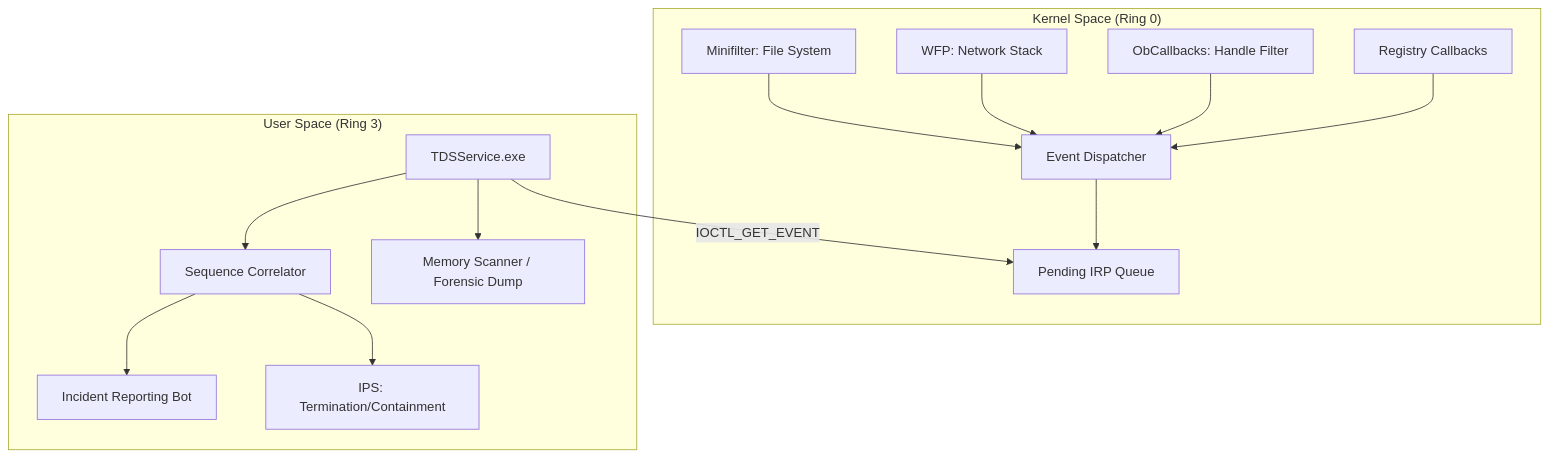
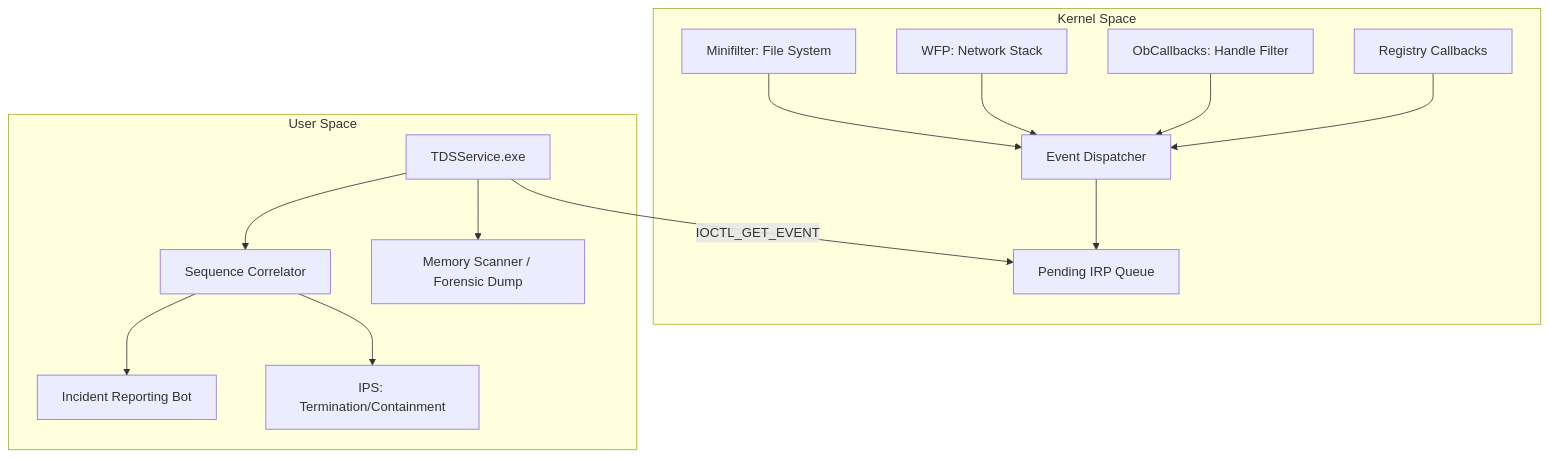
The diagram in README.md (genesisgzdev/threat-detection-suite), drawn with Mermaid before and after one commit. The commit also changed other lines of this file and 42 other files, not shown here.

````diff
--- a/README.md
+++ b/README.md
@@ -9,17 +9,17 @@
 ```mermaid
 graph TD
-    subgraph "Kernel Space (Ring 0)"
+    subgraph "Kernel Space"
         A[Minifilter: File System] --> E[Event Dispatcher]
         B[WFP: Network Stack] --> E
         C[ObCallbacks: Handle Filter] --> E
         D[Registry Callbacks] --> E
         E --> F[Pending IRP Queue]
     end
-    subgraph "User Space (Ring 3)"
+    subgraph "User Space"
         G[TDSService.exe] -->|IOCTL_GET_EVENT| F
         G --> H[Sequence Correlator]
         H --> I[Incident Reporting Bot]
         H --> J[IPS: Termination/Containment]
         G --> K[Memory Scanner / Forensic Dump]
     end
 ```
````
